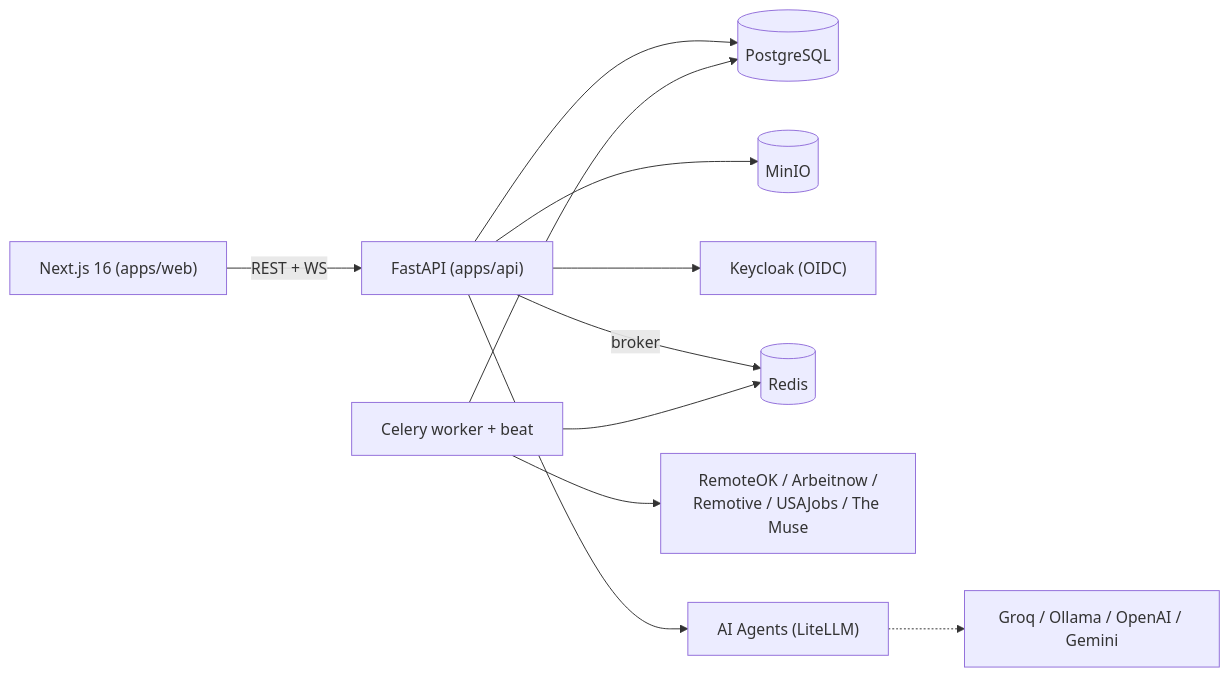
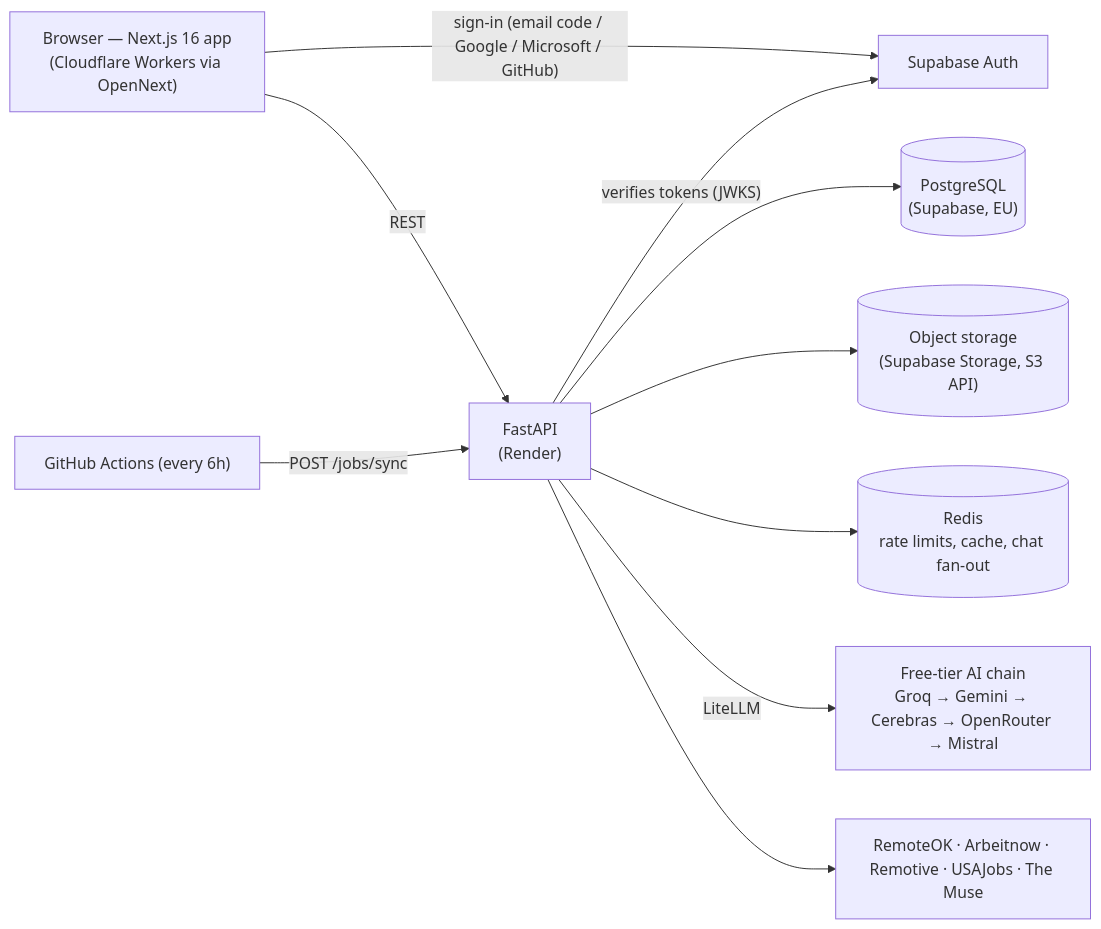
The diagram in README.md (gokul-227/remote-ai-platform), drawn with Mermaid before and after one commit. The commit also changed other lines of this file and 2 other files, not shown here.

First line of the commit message:
docs: README, CLAUDE.md and web README describe the product as it is

````diff
--- a/README.md
+++ b/README.md
@@ -15,12 +11,12 @@
 ```mermaid
 flowchart LR
-    Web["Next.js 16 (apps/web)"] -- REST + WS --> API["FastAPI (apps/api)"]
-    API --> PG[(PostgreSQL)]
-    API --> Minio[(MinIO)]
-    API --> Keycloak["Keycloak (OIDC)"]
-    API -- broker --> Redis[(Redis)]
-    Worker["Celery worker + beat"] --> Redis
-    Worker --> PG
-    Worker --> External["RemoteOK / Arbeitnow /\nRemotive / USAJobs / The Muse"]
-    API --> Agents["AI Agents (LiteLLM)"] -.-> LLM["Groq / Ollama / OpenAI / Gemini"]
+    Browser["Browser — Next.js 16 app<br/>(Cloudflare Workers via OpenNext)"] -- REST --> API["FastAPI<br/>(Render)"]
+    Browser -- sign-in (email code / Google / Microsoft / GitHub) --> Auth["Supabase Auth"]
+    API -- verifies tokens (JWKS) --> Auth
+    API --> PG[("PostgreSQL<br/>(Supabase, EU)")]
+    API --> S3[("Object storage<br/>(Supabase Storage, S3 API)")]
+    API --> Redis[("Redis<br/>rate limits, cache, chat fan-out")]
+    API -- LiteLLM --> LLM["Free-tier AI chain<br/>Groq → Gemini → Cerebras → OpenRouter → Mistral"]
+    Cron["GitHub Actions (every 6h)"] -- POST /jobs/sync --> API
+    API --> Boards["RemoteOK · Arbeitnow · Remotive · USAJobs · The Muse"]
 ```
````
